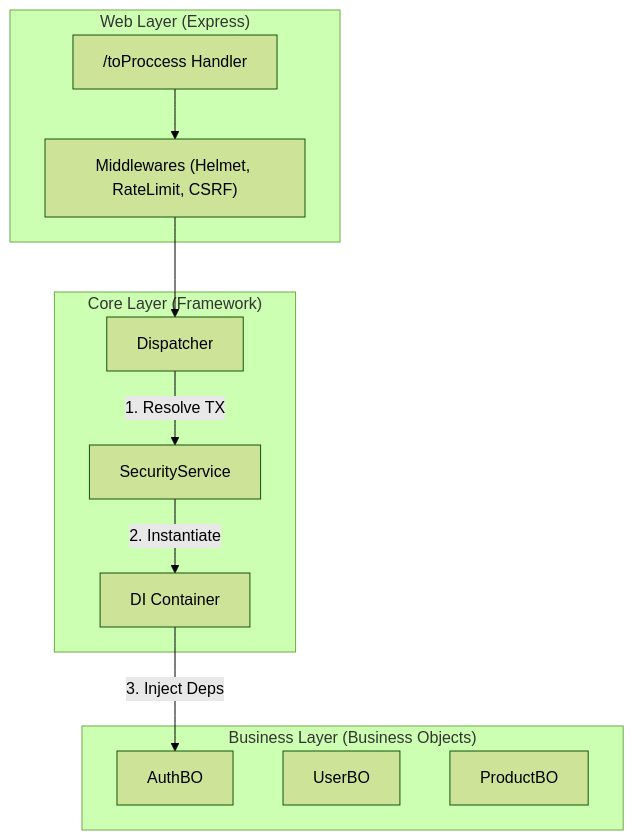
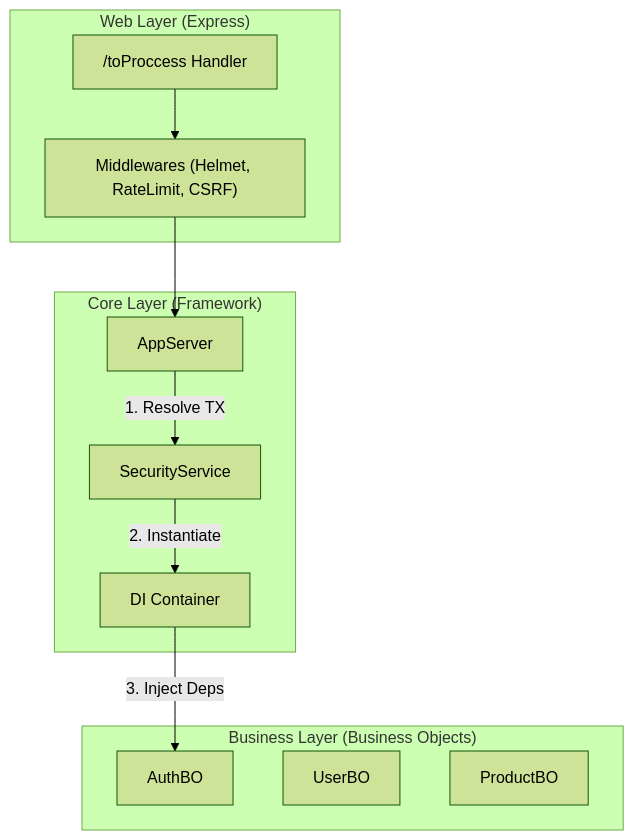
One commit to EliabParra/toproc changed the second of 2 diagrams in docs/02-Architecture/OVERVIEW.en.md. Above: the diagram before and after it, drawn with Mermaid (forest theme). The commit also changed other lines of this file and 27 other files, not shown here.

````diff
--- a/docs/02-Architecture/OVERVIEW.en.md
+++ b/docs/02-Architecture/OVERVIEW.en.md
@@ -36,25 +36,25 @@
 ```mermaid
 graph TD
     subgraph "Web Layer (Express)"
         Handler["/toProccess Handler"]
         Middlewares["Middlewares (Helmet, RateLimit, CSRF)"]
     end
 
     subgraph "Core Layer (Framework)"
-        Dispatcher[Dispatcher]
+        AppServer[AppServer]
         Security[SecurityService]
         Container[DI Container]
     end
 
     subgraph "Business Layer (Business Objects)"
         AuthBO[AuthBO]
         UserBO[UserBO]
         ProductBO[ProductBO]
     end
 
     Handler --> Middlewares
-    Middlewares --> Dispatcher
-    Dispatcher -->|1. Resolve TX| Security
+    Middlewares --> AppServer
+    AppServer -->|1. Resolve TX| Security
     Security -->|2. Instantiate| Container
     Container -->|3. Inject Deps| AuthBO
 ```
````
